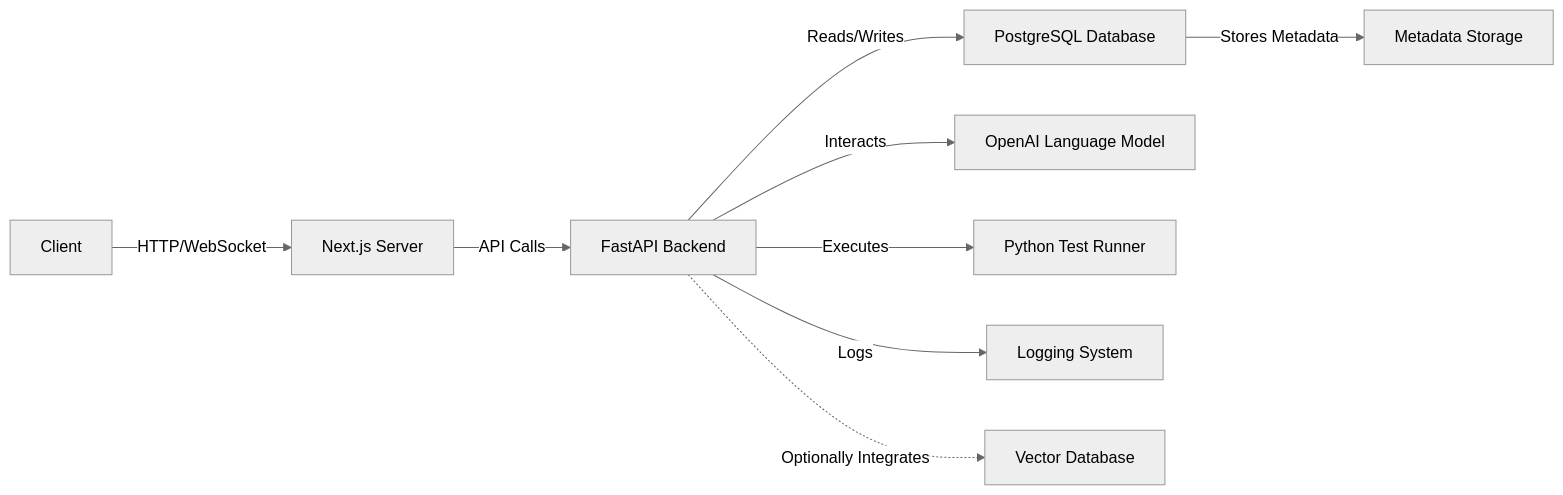
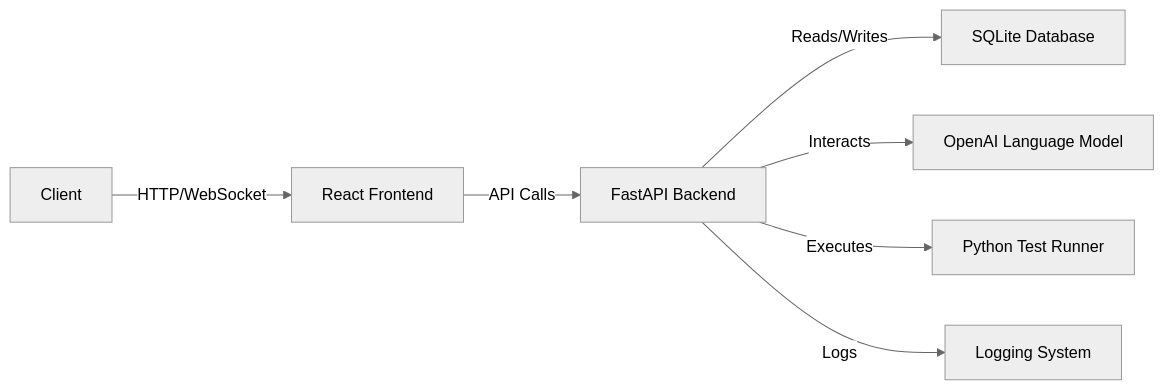
One commit to nero19960329/autify-ai-engineer-assignment changed the fourth of 4 diagrams in development_plan.md. Above: the diagram before and after it, drawn with Mermaid (neutral theme). The commit also changed other lines of this file, not shown here.

````diff
--- a/development_plan.md
+++ b/development_plan.md
@@ -102,11 +93,9 @@
 ```mermaid
 graph LR
-A4[Client] -- HTTP/WebSocket --> B4[Next.js Server]
+A4[Client] -- HTTP/WebSocket --> B4[React Frontend]
 B4 -- API Calls --> C4[FastAPI Backend]
-C4 -- Reads/Writes --> D4[PostgreSQL Database]
+C4 -- Reads/Writes --> D4[SQLite Database]
 C4 -- Interacts --> E4[OpenAI Language Model]
 C4 -- Executes --> F4[Python Test Runner]
 C4 -- Logs --> G4[Logging System]
-D4 -- Stores Metadata --> H4[Metadata Storage]
-C4 -. Optionally Integrates .-> I4[Vector Database]
 ```
````
